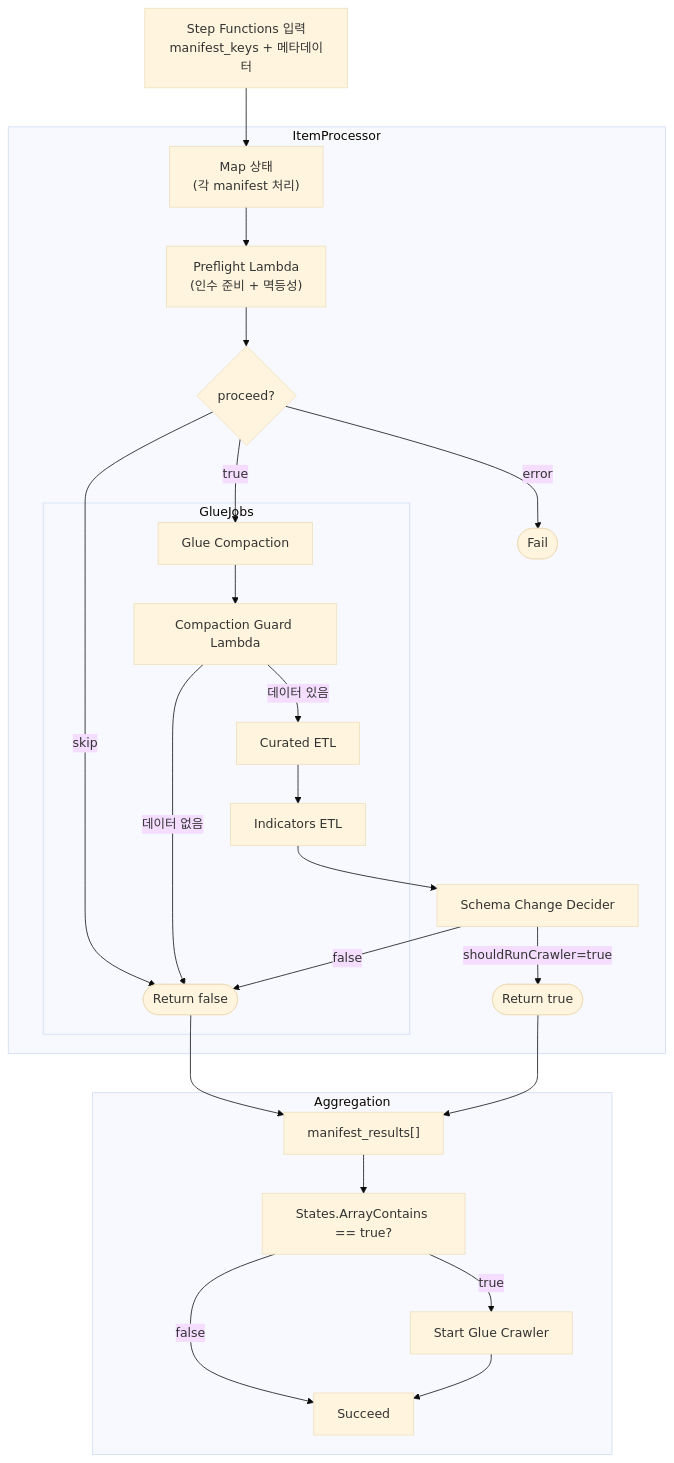
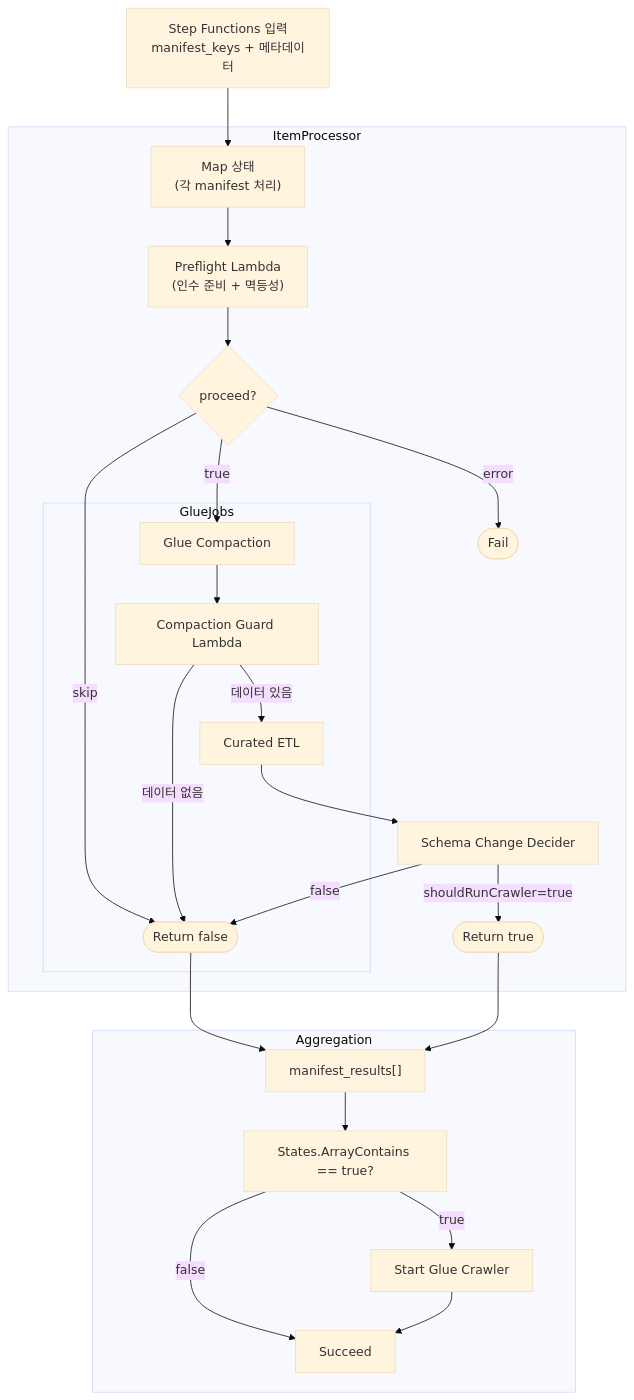
One commit to keemgdeok/fin-forge-pipeline changed the diagram in docs/diagrams/transform/02-flow.md. Above: the diagram before and after it, drawn with Mermaid (base theme). The commit also changed 15 other files, not shown here.

Commit message:
docs: refresh transform specs and diagrams for curated-only pipeline

````diff
--- a/docs/diagrams/transform/02-flow.md
+++ b/docs/diagrams/transform/02-flow.md
@@ -1,31 +1,30 @@
 ```mermaid
 flowchart TD
   A["Step Functions 입력<br/>manifest_keys + 메타데이터"] --> B["Map 상태<br/>(각 manifest 처리)"]
 
   subgraph ItemProcessor
     B --> C["Preflight Lambda\n (인수 준비 + 멱등성)"]
     C --> D{proceed?}
     D -->|skip| SKIP(["Return false"])
     D -->|error| FAIL(["Fail"])
     D -->|true| COMP["Glue Compaction"]
     subgraph GlueJobs
       COMP --> GUARD["Compaction Guard Lambda"]
       GUARD -->|데이터 없음| SKIP
       GUARD -->|데이터 있음| ETL["Curated ETL"]
-      ETL --> IND["Indicators ETL"]
   end
-    IND --> DECIDE["Schema Change Decider"]
+    ETL --> DECIDE["Schema Change Decider"]
     DECIDE -->|shouldRunCrawler=true| TRUE(["Return true"])
     DECIDE -->|false| SKIP
   end
 
   SKIP --> Z
   TRUE --> Z
 
   subgraph Aggregation
     Z["manifest_results[]"] --> AGG["States.ArrayContains == true?"]
     AGG -->|true| CRAWLER["Start Glue Crawler"]
     AGG -->|false| DONE["Succeed"]
     CRAWLER --> DONE
   end
 ```
````
